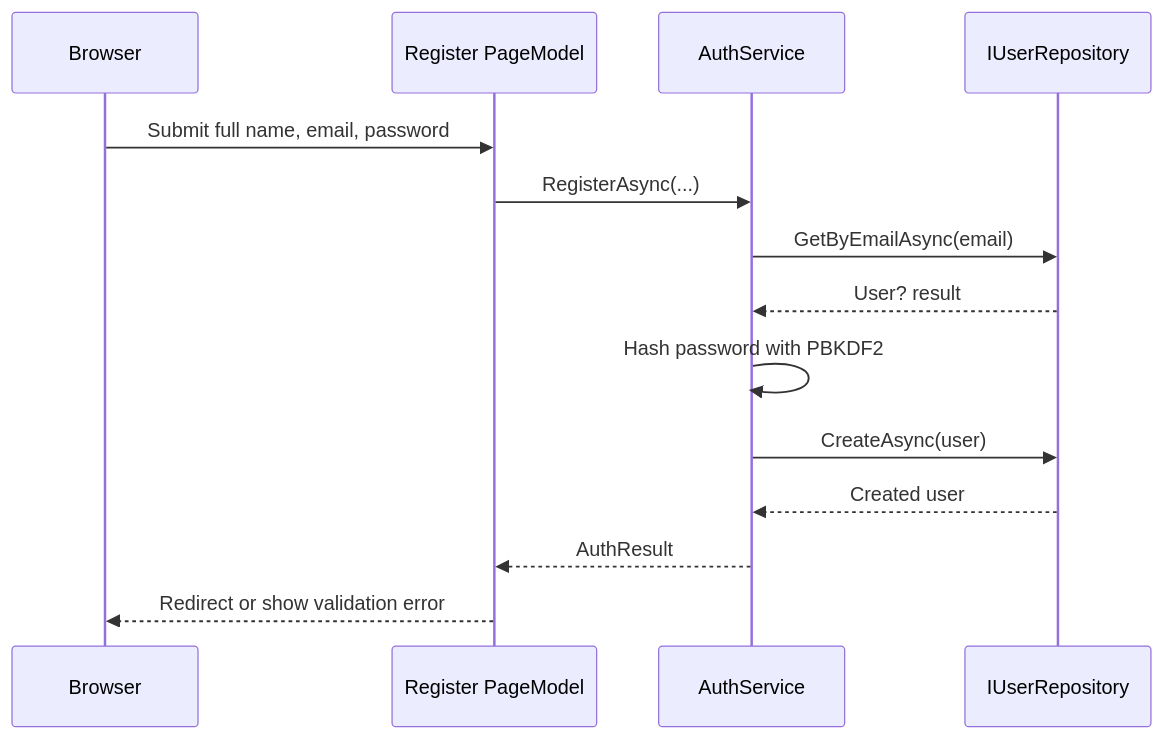
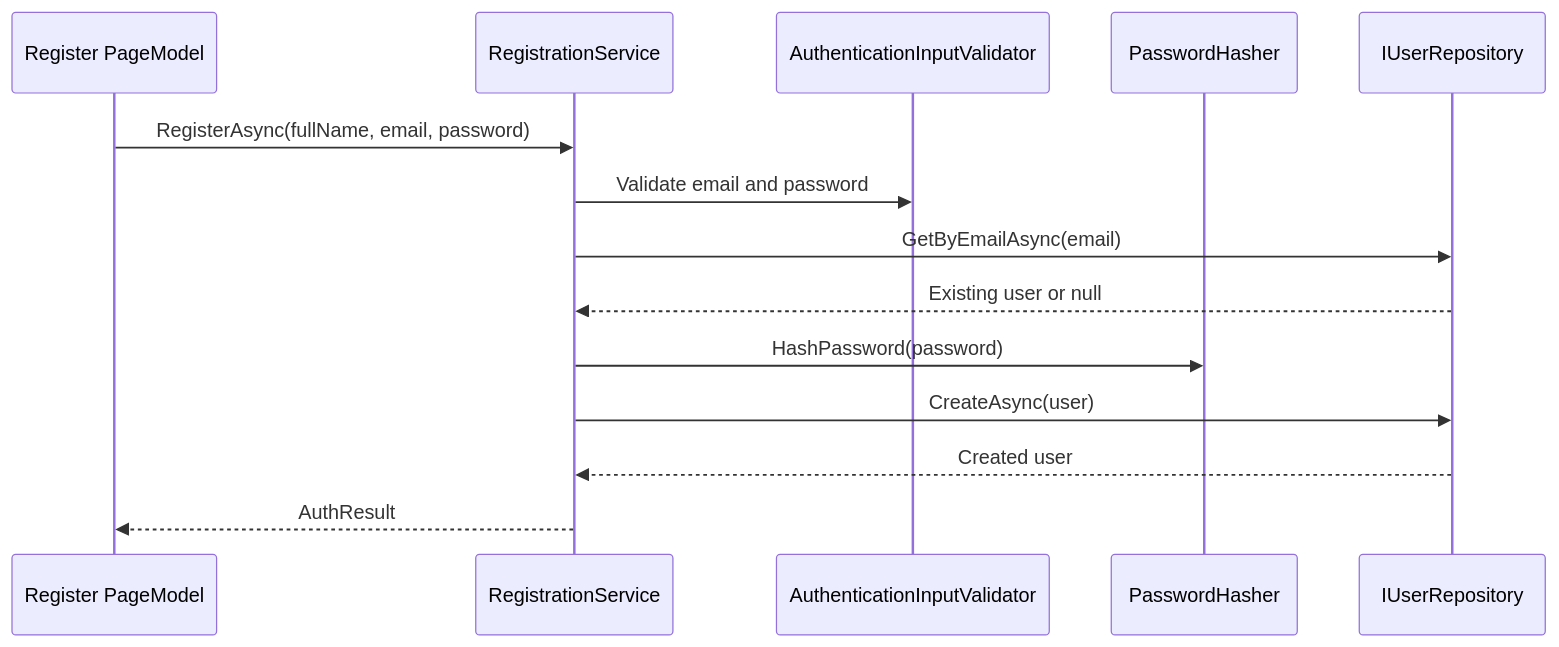
The seventh of 8 diagrams in docs/current-structure.md (StefanKosev1/FitTrack), drawn with Mermaid before and after one commit. The commit also changed other lines of this file and 28 other files, not shown here.

````diff
--- a/docs/current-structure.md
+++ b/docs/current-structure.md
@@ -245,17 +341,17 @@
 ```mermaid
 sequenceDiagram
-    participant Browser
-    participant RegisterPage as Register PageModel
-    participant AuthService
-    participant UserRepository as IUserRepository
+    participant Page as Register PageModel
+    participant Service as RegistrationService
+    participant Validator as AuthenticationInputValidator
+    participant Hasher as PasswordHasher
+    participant Repository as IUserRepository
 
-    Browser->>RegisterPage: Submit full name, email, password
-    RegisterPage->>AuthService: RegisterAsync(...)
-    AuthService->>UserRepository: GetByEmailAsync(email)
-    UserRepository-->>AuthService: User? result
-    AuthService->>AuthService: Hash password with PBKDF2
-    AuthService->>UserRepository: CreateAsync(user)
-    UserRepository-->>AuthService: Created user
-    AuthService-->>RegisterPage: AuthResult
-    RegisterPage-->>Browser: Redirect or show validation error
+    Page->>Service: RegisterAsync(fullName, email, password)
+    Service->>Validator: Validate email and password
+    Service->>Repository: GetByEmailAsync(email)
+    Repository-->>Service: Existing user or null
+    Service->>Hasher: HashPassword(password)
+    Service->>Repository: CreateAsync(user)
+    Repository-->>Service: Created user
+    Service-->>Page: AuthResult
 ```
````
